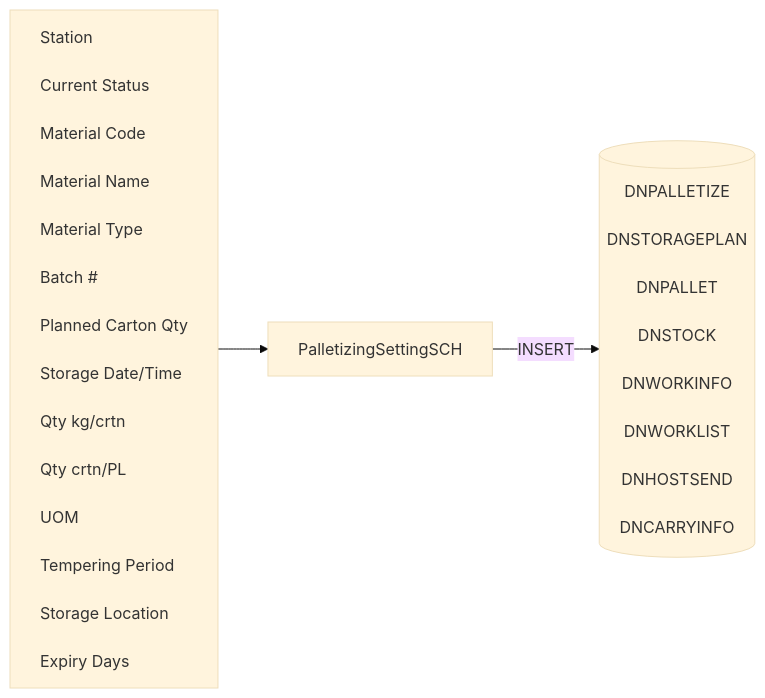
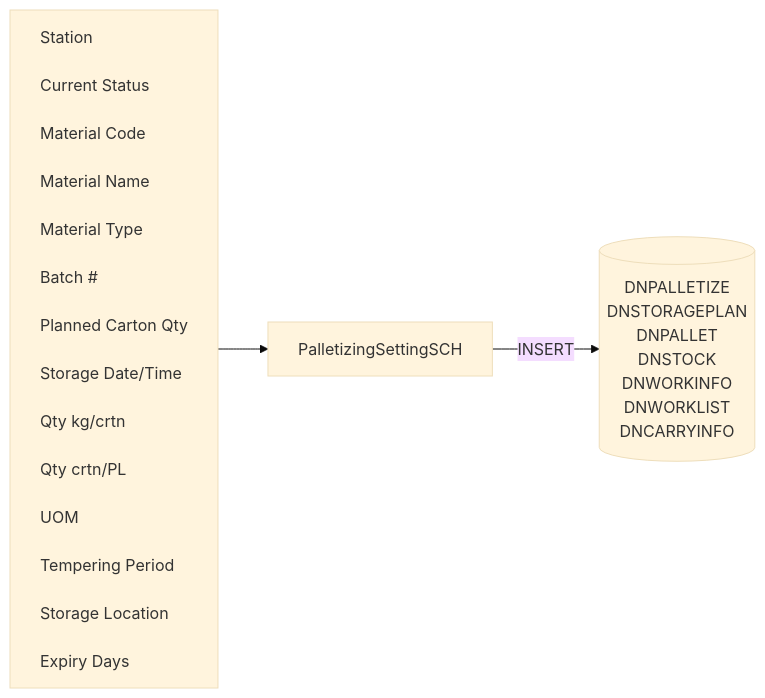
Before and after one commit to luthfiadityaa/SimeDarby-Wiki: the first of 23 diagrams in Basic-Design/DFD-WMS/Storage/Palletizing-Settting/Palletize-Start.md, drawn with Mermaid (base theme).

Commit message:
Updated Palletize Start

```diff
--- a/Basic-Design/DFD-WMS/Storage/Palletizing-Settting/Palletize-Start.md
+++ b/Basic-Design/DFD-WMS/Storage/Palletizing-Settting/Palletize-Start.md
@@ -41,37 +41,36 @@
 ::: mermaid
 flowchart LR
     input[
         Station<br>
         Current Status<br>
         Material Code<br>
         Material Name<br>
         Material Type<br>
         Batch #<br>
         Planned Carton Qty<br>
         Storage Date/Time<br>
         Qty kg/crtn<br>
         Qty crtn/PL<br>
         UOM<br>
         Tempering Period<br>
         Storage Location<br>
         Expiry Days<br>
     ]
 
     tableList-insert[("
-        DNPALLETIZE<br>
-        DNSTORAGEPLAN<br>
-        DNPALLET<br>
-        DNSTOCK<br>
-        DNWORKINFO<br>
-        DNWORKLIST<br>
-        DNHOSTSEND<br>
-        DNCARRYINFO<br>
+        DNPALLETIZE
+        DNSTORAGEPLAN
+        DNPALLET
+        DNSTOCK
+        DNWORKINFO
+        DNWORKLIST        
+        DNCARRYINFO
     ")]
 
     className[PalletizingSettingSCH]
 
     input --> className --> |INSERT| tableList-insert
 
     classDef leftAlign text-align:left;
     class input leftAlign;
 :::
```
